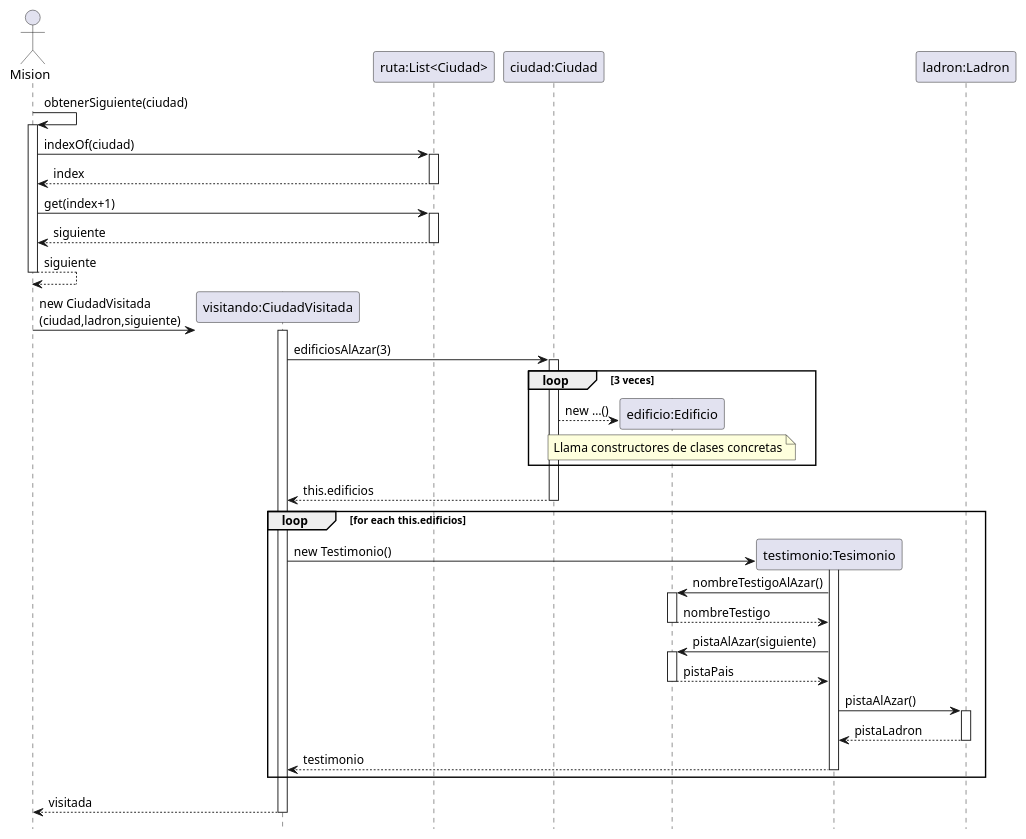
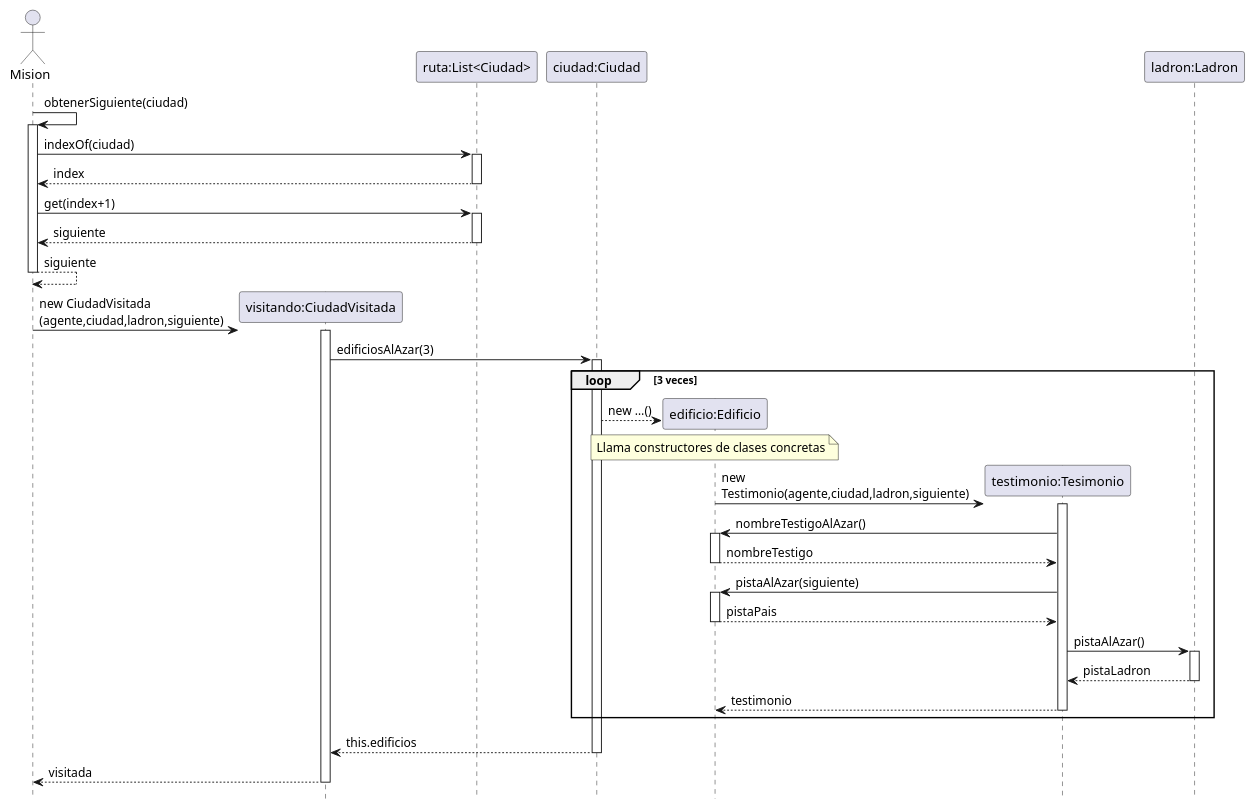
The sixth of 6 diagrams in diagrams/sequences/bosquejo.plantuml (MarconMatias/TP2-AyPIII), drawn with PlantUML before and after one commit. The commit also changed 6 other files, not shown here.

```diff
--- a/diagrams/sequences/bosquejo.plantuml
+++ b/diagrams/sequences/bosquejo.plantuml
@@ -167,45 +167,43 @@
 @startuml ds_crear_ciudad
 hide footbox
 !pragma teoz true
 skinparam maxMessageSize 200
 
 actor "Mision" as m
 participant "visitando:CiudadVisitada" as v
 participant "ruta:List<Ciudad>" as r
 participant "ciudad:Ciudad" as c
 participant "edificio:Edificio" as e
 participant "testimonio:Tesimonio" as t
 participant "ladron:Ladron" as l
 
 m-> m++: obtenerSiguiente(ciudad)
     m->r++: indexOf(ciudad)
     return index
     m->r++: get(index+1)
     return siguiente
 return siguiente
 
-m -> v**: new CiudadVisitada\n(ciudad,ladron,siguiente)
+m -> v**: new CiudadVisitada\n(agente,ciudad,ladron,siguiente)
     activate v
         v->c++: edificiosAlAzar(3)
             loop 3 veces
                 c-->e**:new …()
                 note over e
                     Llama constructores de clases concretas
                 end note
+                e->t** : new Testimonio(agente,ciudad,ladron,siguiente)
+                activate t
+                    t->e++:nombreTestigoAlAzar()
+                    return nombreTestigo
+                    t->e++:pistaAlAzar(siguiente)
+                    return pistaPais
+                    t->l++:pistaAlAzar()
+                    return pistaLadron
+                return testimonio
             end loop
         return this.edificios
-        loop for each this.edificios
-            v->t** : new Testimonio()
-            activate t
-                t->e++:nombreTestigoAlAzar()
-                return nombreTestigo
-                t->e++:pistaAlAzar(siguiente)
-                return pistaPais
-                t->l++:pistaAlAzar()
-                return pistaLadron
-            return testimonio
-        end loop
     return visitada
 
 
 @enduml
```
